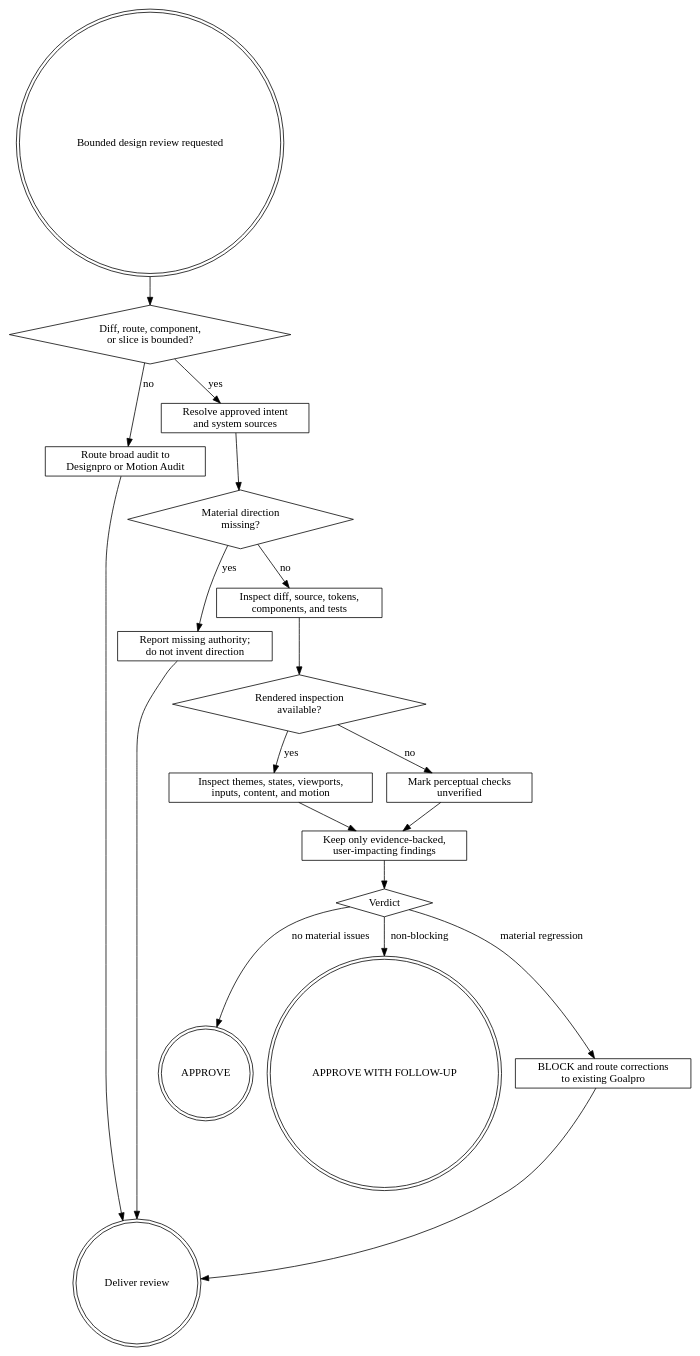
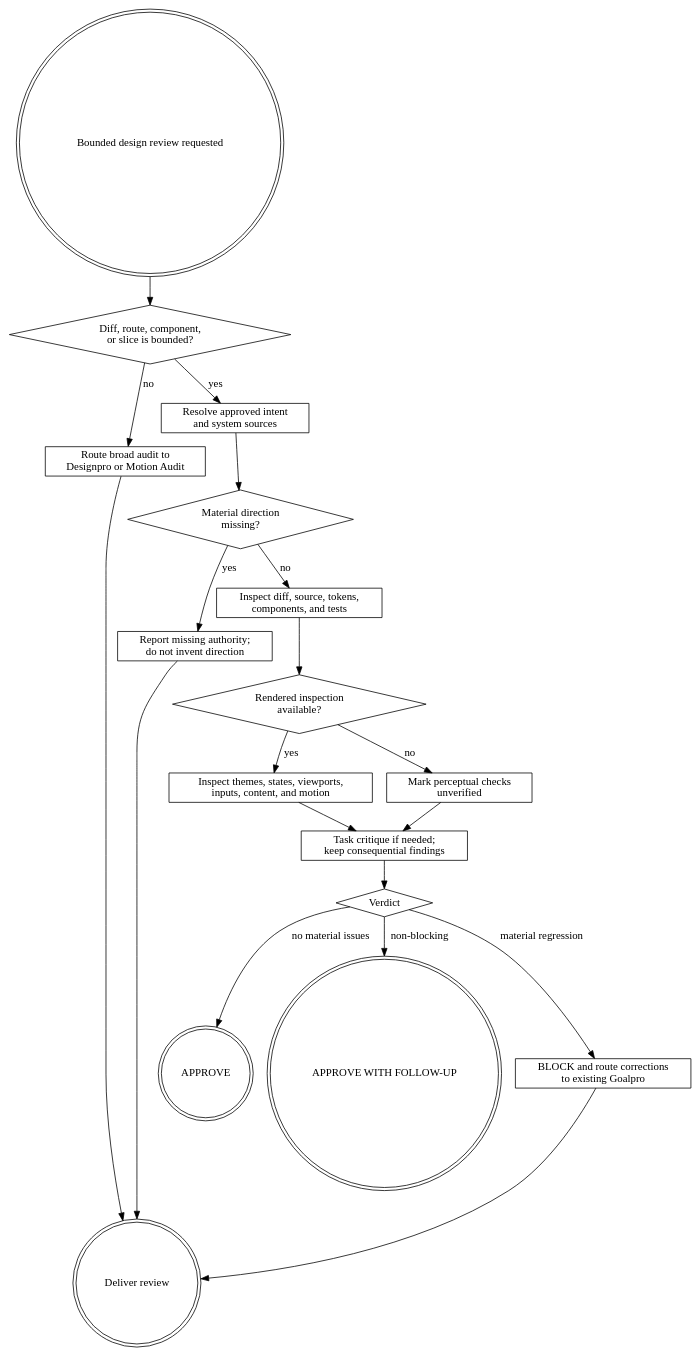
One commit to gremlin-labs/gremlin-skills changed the diagram in skills/experience/design-review/SKILL.md. Above: the diagram before and after it, drawn with Graphviz. The commit also changed other lines of this file and 15 other files, not shown here.

````diff
--- a/skills/experience/design-review/SKILL.md
+++ b/skills/experience/design-review/SKILL.md
@@ -14,39 +14,39 @@
 ```dot
 digraph design_review {
   start [shape=doublecircle, label="Bounded design review requested"];
   bounded [shape=diamond, label="Diff, route, component,\nor slice is bounded?"];
   redirect [shape=box, label="Route broad audit to\nDesignpro or Motion Audit"];
   intent [shape=box, label="Resolve approved intent\nand system sources"];
   missing [shape=diamond, label="Material direction\nmissing?"];
   unverified [shape=box, label="Report missing authority;\ndo not invent direction"];
   static [shape=box, label="Inspect diff, source, tokens,\ncomponents, and tests"];
   runtime [shape=diamond, label="Rendered inspection\navailable?"];
   render [shape=box, label="Inspect themes, states, viewports,\ninputs, content, and motion"];
   mark [shape=box, label="Mark perceptual checks\nunverified"];
-  findings [shape=box, label="Keep only evidence-backed,\nuser-impacting findings"];
+  findings [shape=box, label="Task critique if needed;\nkeep consequential findings"];
   verdict [shape=diamond, label="Verdict"];
   approve [shape=doublecircle, label="APPROVE"];
   follow [shape=doublecircle, label="APPROVE WITH FOLLOW-UP"];
   block [shape=box, label="BLOCK and route corrections\nto existing Goalpro"];
   done [shape=doublecircle, label="Deliver review"];
 
   start -> bounded;
   bounded -> redirect [label="no"];
   redirect -> done;
   bounded -> intent [label="yes"];
   intent -> missing;
   missing -> unverified [label="yes"];
   unverified -> done;
   missing -> static [label="no"];
   static -> runtime;
   runtime -> render [label="yes"];
   runtime -> mark [label="no"];
   render -> findings;
   mark -> findings;
   findings -> verdict;
   verdict -> approve [label="no material issues"];
   verdict -> follow [label="non-blocking"];
   verdict -> block [label="material regression"];
   block -> done;
 }
 ```
````
